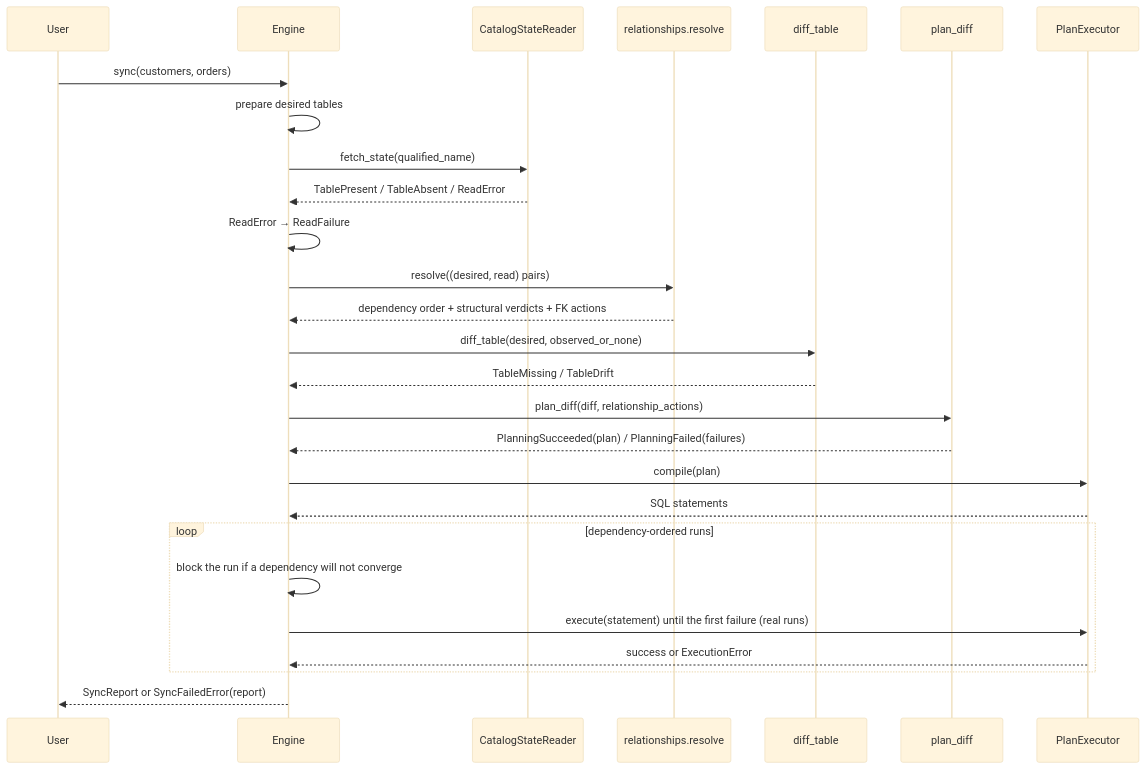
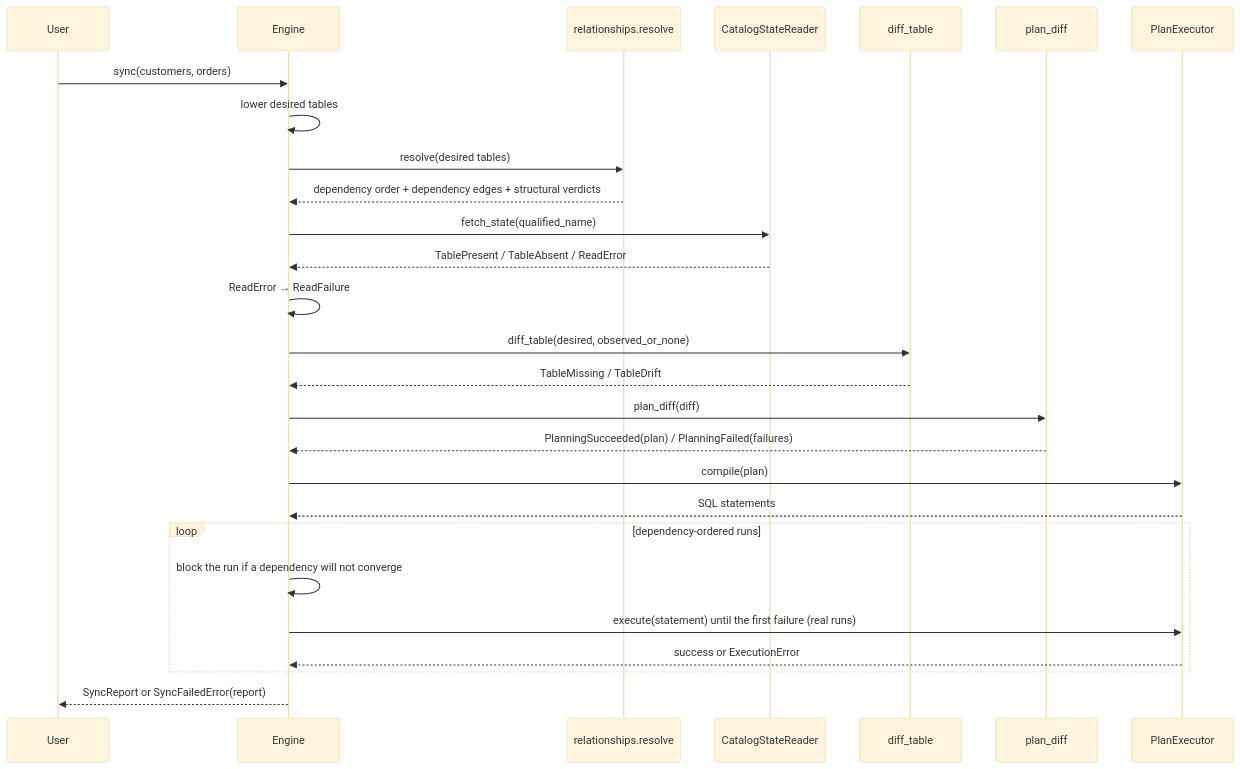
Before and after one commit to Tomoscorbin/delta-engine: the third of 5 diagrams in docs/explanation-architecture.md, drawn with Mermaid (base theme). The commit also changed other lines of this file and 2 other files, not shown here.

Commit message:
docs: the diff is complete; resolve precedes read

````diff
--- a/docs/explanation-architecture.md
+++ b/docs/explanation-architecture.md
@@ -273,30 +273,30 @@
 ```mermaid
 sequenceDiagram
     participant User
     participant Engine
+    participant Resolver as relationships.resolve
     participant Reader as CatalogStateReader
-    participant Resolver as relationships.resolve
     participant Differ as diff_table
     participant Planner as plan_diff
     participant Executor as PlanExecutor
 
     User->>Engine: sync(customers, orders)
-    Engine->>Engine: prepare desired tables
+    Engine->>Engine: lower desired tables
+    Engine->>Resolver: resolve(desired tables)
+    Resolver-->>Engine: dependency order + dependency edges + structural verdicts
     Engine->>Reader: fetch_state(qualified_name)
     Reader-->>Engine: TablePresent / TableAbsent / ReadError
     Engine->>Engine: ReadError → ReadFailure
-    Engine->>Resolver: resolve((desired, read) pairs)
-    Resolver-->>Engine: dependency order + structural verdicts + FK actions
     Engine->>Differ: diff_table(desired, observed_or_none)
     Differ-->>Engine: TableMissing / TableDrift
-    Engine->>Planner: plan_diff(diff, relationship_actions)
+    Engine->>Planner: plan_diff(diff)
     Planner-->>Engine: PlanningSucceeded(plan) / PlanningFailed(failures)
     Engine->>Executor: compile(plan)
     Executor-->>Engine: SQL statements
     loop dependency-ordered runs
         Engine->>Engine: block the run if a dependency will not converge
         Engine->>Executor: execute(statement) until the first failure (real runs)
         Executor-->>Engine: success or ExecutionError
     end
     Engine-->>User: SyncReport or SyncFailedError(report)
 ```
````
